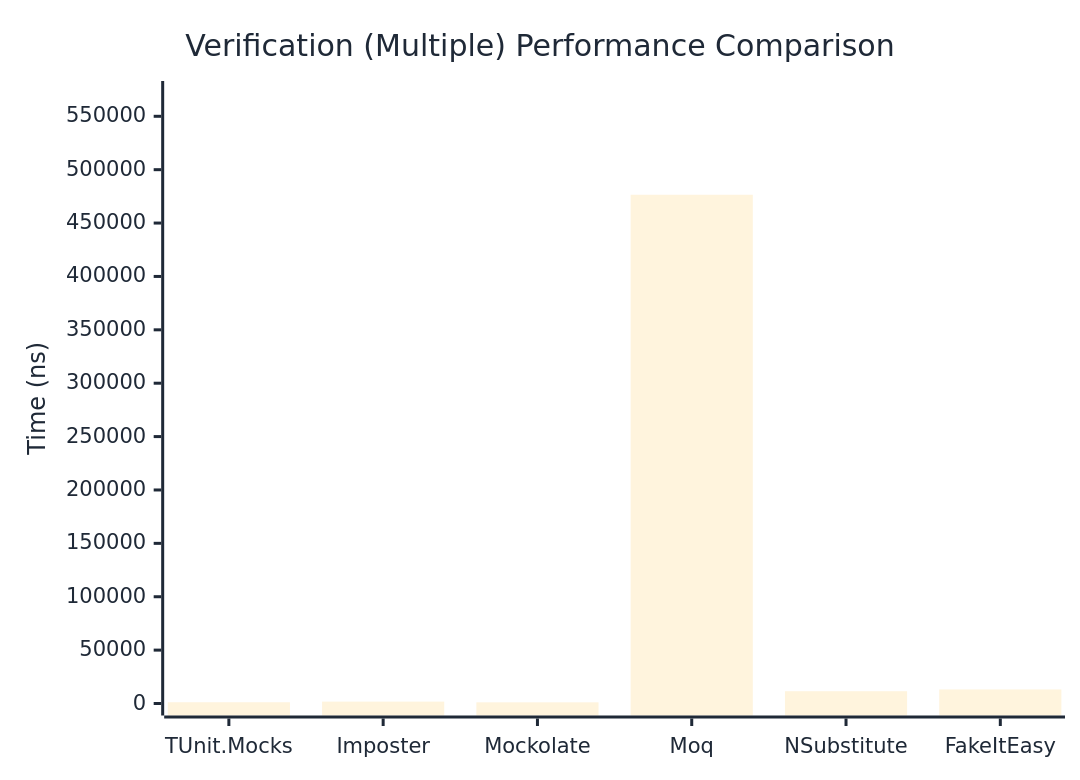
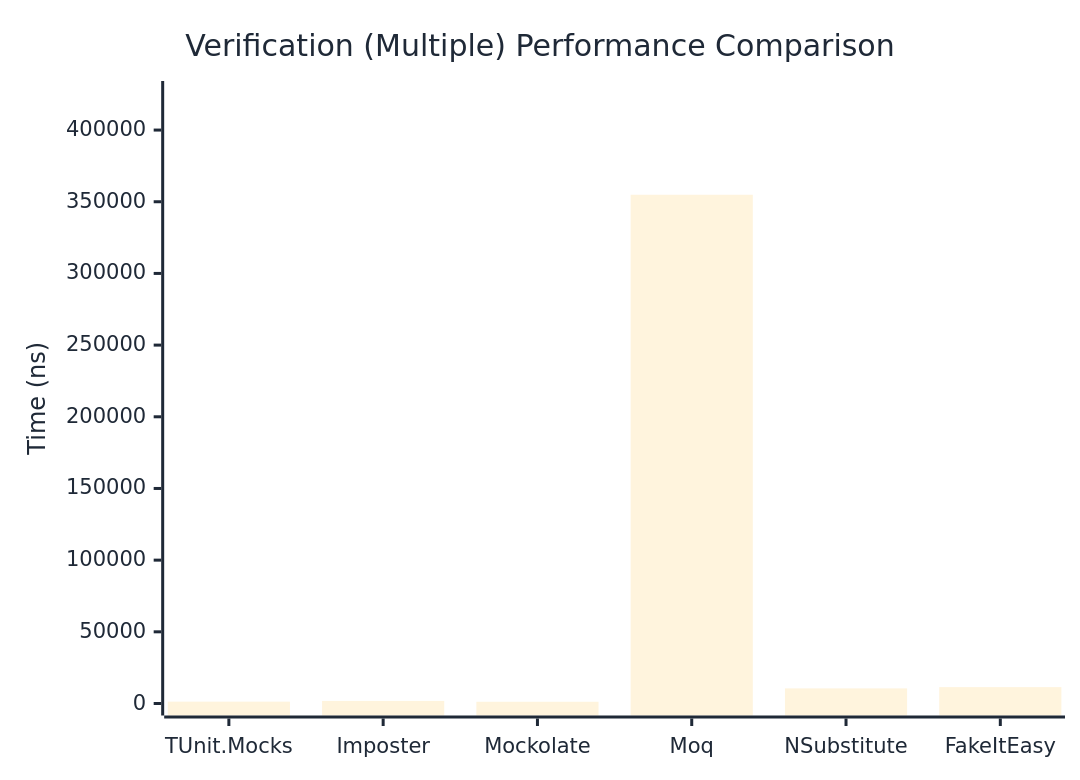
Before and after one commit to thomhurst/TUnit: the third of 3 diagrams in docs/docs/benchmarks/mocks/Verification.md, drawn with Mermaid. The commit also changed other lines of this file and 14 other files, not shown here.

````diff
--- a/docs/docs/benchmarks/mocks/Verification.md
+++ b/docs/docs/benchmarks/mocks/Verification.md
@@ -110,27 +110,27 @@
 ```mermaid
 %%{init: {
   'theme':'base',
   'themeVariables': {
     'primaryColor': '#2563eb',
     'primaryTextColor': '#1f2937',
     'primaryBorderColor': '#1e40af',
     'lineColor': '#6b7280',
     'secondaryColor': '#7c3aed',
     'tertiaryColor': '#dc2626',
     'background': '#ffffff',
     'pie1': '#2563eb',
     'pie2': '#7c3aed',
     'pie3': '#dc2626',
     'pie4': '#f59e0b',
     'pie5': '#10b981',
     'pie6': '#06b6d4',
     'pie7': '#ec4899',
     'pie8': '#6366f1'
   }
 }}%%
 xychart-beta
   title "Verification (Multiple) Performance Comparison"
   x-axis ["TUnit.Mocks", "Imposter", "Mockolate", "Moq", "NSubstitute", "FakeItEasy"]
-  y-axis "Time (ns)" 0 --> 571820
-  bar [1177.96, 1769.47, 1101.09, 476516.26, 11498.09, 13160.7]
+  y-axis "Time (ns)" 0 --> 425856
+  bar [1287.59, 1783.01, 1216.74, 354879.81, 10539.34, 11423.54]
 ```
````
